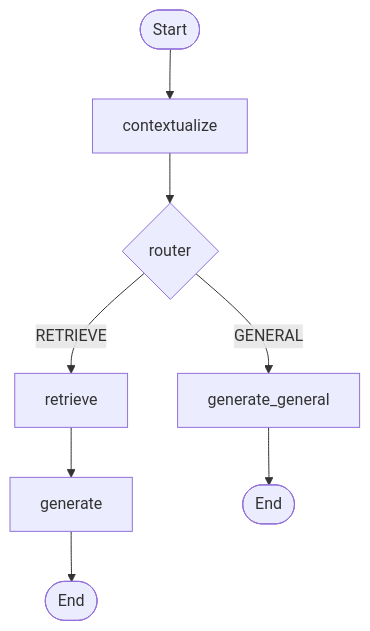
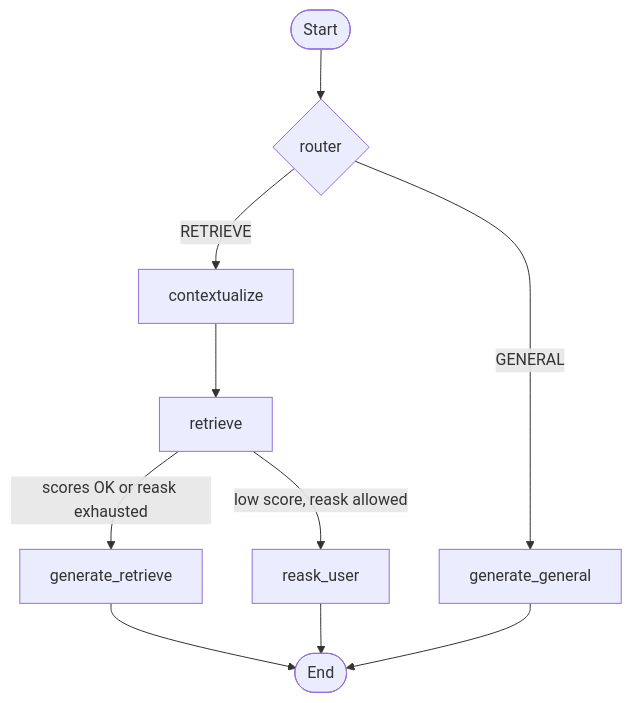
The diagram in README.md (cberdejo/movie_recommendator), drawn with Mermaid before and after one commit. The commit also changed other lines of this file and 1 other file, not shown here.

Commit message:
docs: update README to reflect new backend structure and clarify assistant flow, including interrupt handling and LangGraph integration

````diff
--- a/README.md
+++ b/README.md
@@ -159,10 +166,12 @@
 ```mermaid
 flowchart TD
-    START([Start]) --> contextualize[contextualize]
-    contextualize --> router{router}
-    router -->|RETRIEVE| retrieve[retrieve]
+    START([Start]) --> router{router}
+    router -->|RETRIEVE| contextualize[contextualize]
     router -->|GENERAL| generate_general[generate_general]
-    retrieve --> generate[generate]
-    generate --> END1([End])
-    generate_general --> END2([End])
+    contextualize --> retrieve[retrieve]
+    retrieve -->|scores OK or reask exhausted| generate_retrieve[generate_retrieve]
+    retrieve -->|low score, reask allowed| reask_user[reask_user]
+    generate_retrieve --> Finish([End])
+    generate_general --> Finish
+    reask_user --> Finish
 ```
````
